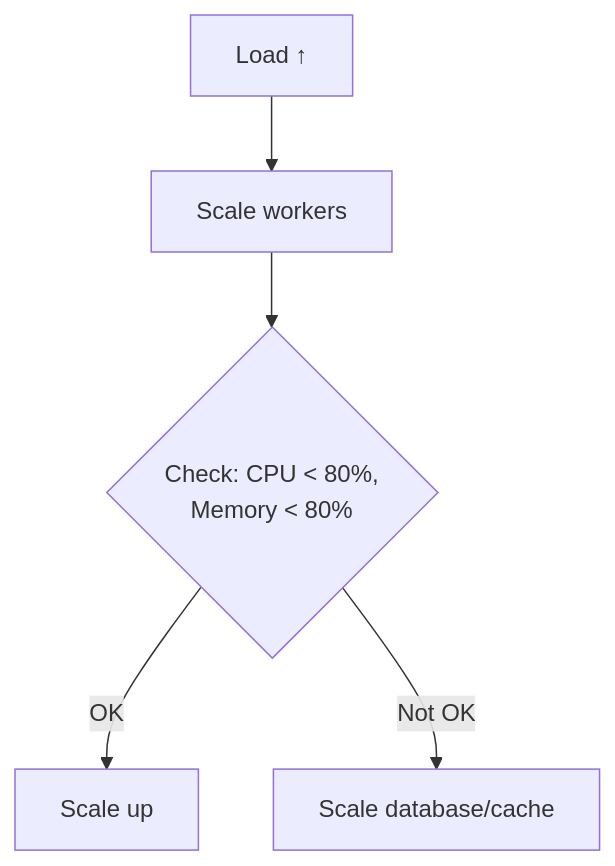
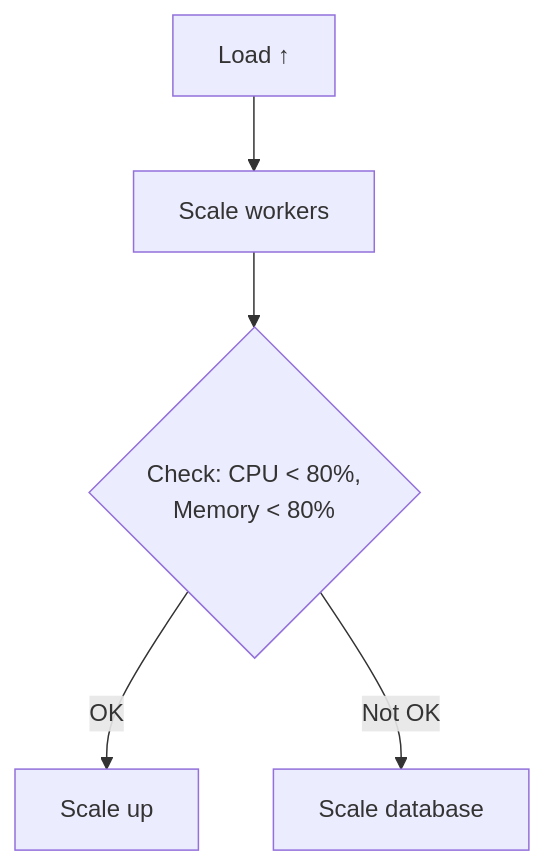
The eighth of 8 diagrams in docs/ARCHITECTURE.md (Kirky-X/crawlrs), drawn with Mermaid before and after one commit. The commit also changed other lines of this file and 23 other files, not shown here.

````diff
--- a/docs/ARCHITECTURE.md
+++ b/docs/ARCHITECTURE.md
@@ -1430,7 +1225,7 @@
 ```mermaid
 flowchart TD
     A[Load ↑] --> B[Scale workers]
     B --> C{Check: CPU < 80%,<br/>Memory < 80%}
     C -->|OK| D[Scale up]
-    C -->|Not OK| E[Scale database/cache]
+    C -->|Not OK| E[Scale database]
 ```
````
